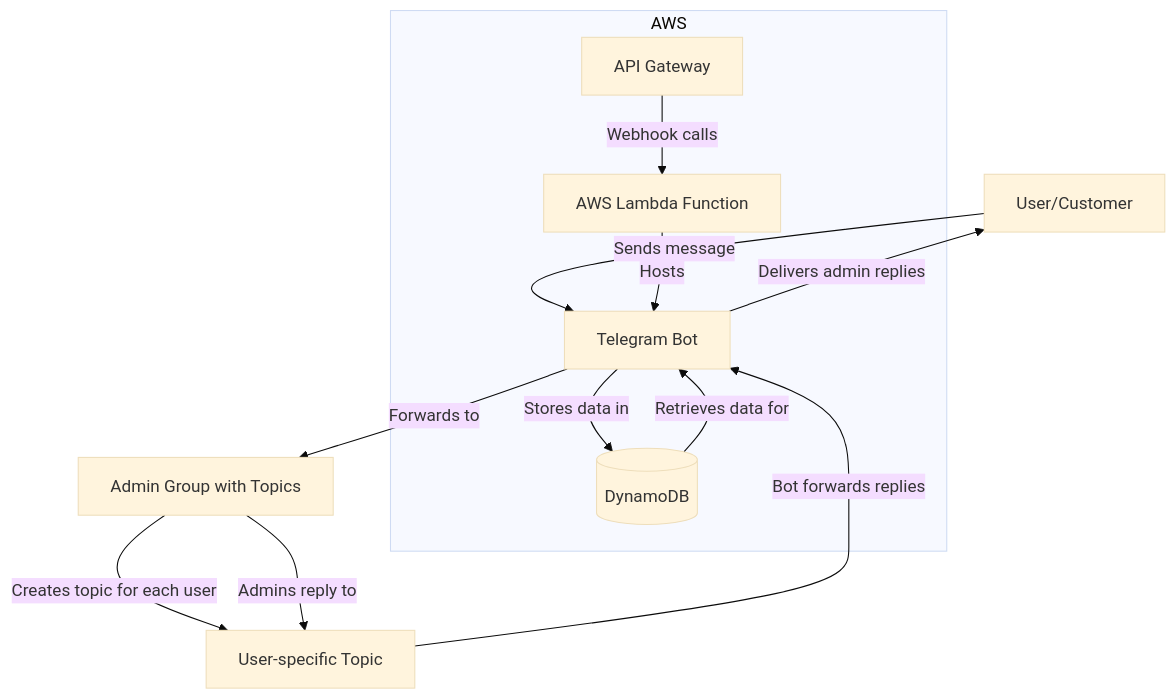
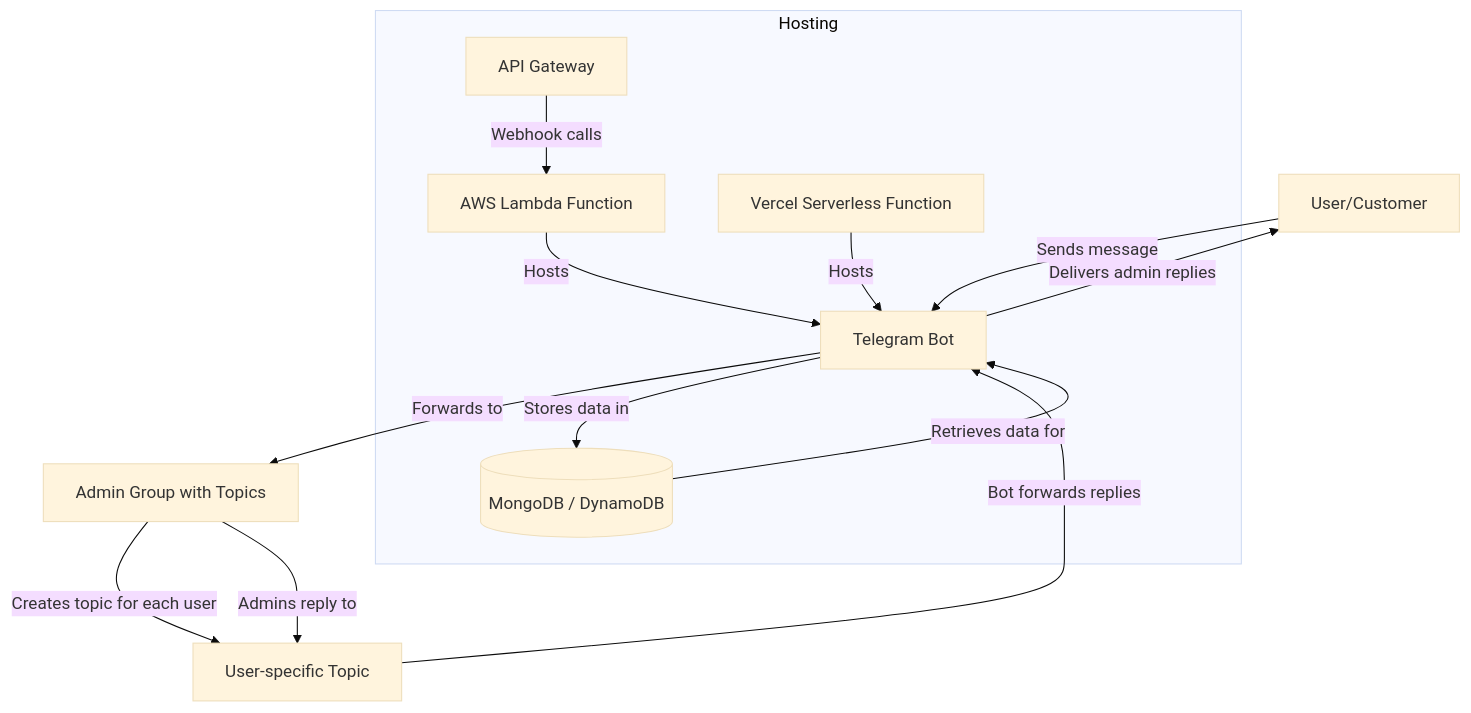
One commit to ragaeeb/forwarder-bot changed the diagram in README.md. Above: the diagram before and after it, drawn with Mermaid (base theme). The commit also changed other lines of this file and 43 other files, not shown here.

Commit message:
feat: add MongoDB service and Vercel handler

````diff
--- a/README.md
+++ b/README.md
@@ -41,18 +42,19 @@
 ```mermaid
 graph TD
     User[User/Customer] -->|Sends message| Bot[Telegram Bot]
     Bot -->|Forwards to| AdminGroup[Admin Group with Topics]
     AdminGroup -->|Creates topic for each user| Topic[User-specific Topic]
     AdminGroup -->|Admins reply to| Topic
     Topic -->|Bot forwards replies| Bot
     Bot -->|Delivers admin replies| User
 
-    Bot -->|Stores data in| DynamoDB[(DynamoDB)]
-    DynamoDB -->|Retrieves data for| Bot
+    Bot -->|Stores data in| DataStore[(MongoDB / DynamoDB)]
+    DataStore -->|Retrieves data for| Bot
 
-    subgraph AWS
+    subgraph Hosting
         Lambda[AWS Lambda Function] -->|Hosts| Bot
         APIGateway[API Gateway] -->|Webhook calls| Lambda
-        DynamoDB
+        Vercel[Vercel Serverless Function] -->|Hosts| Bot
+        DataStore
     end
 ```
````
